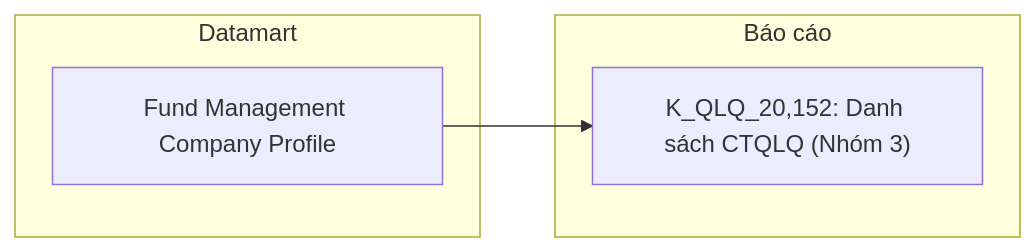
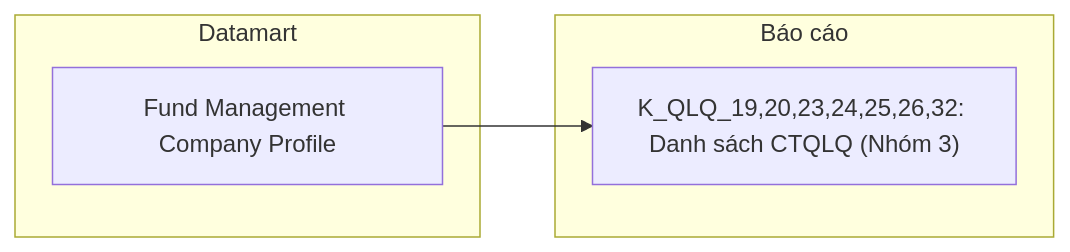
One commit to linhlvit/ubck_atomic_design changed diagram 17 of 41 in Datamart/hld/DTM_QLQ_HLD.md. Above: the diagram before and after it, drawn with Mermaid. The commit also changed other lines of this file and 28 other files, not shown here.

Commit message:
feat(qlq): add LLD detail mapping, 23 entity table schemas, update HLD, sync datamart model and attributes

````diff
--- a/Datamart/hld/DTM_QLQ_HLD.md
+++ b/Datamart/hld/DTM_QLQ_HLD.md
@@ -500,10 +675,10 @@
 ```mermaid
 flowchart LR
     subgraph GOLD["Datamart"]
         G1["Fund Management Company Profile"]
     end
     subgraph RPT["Báo cáo"]
-        R1["K_QLQ_20,152: Danh sách CTQLQ (Nhóm 3)"]
+        R1["K_QLQ_19,20,23,24,25,26,32: Danh sách CTQLQ (Nhóm 3)"]
     end
     G1 --> R1
 ```
````
